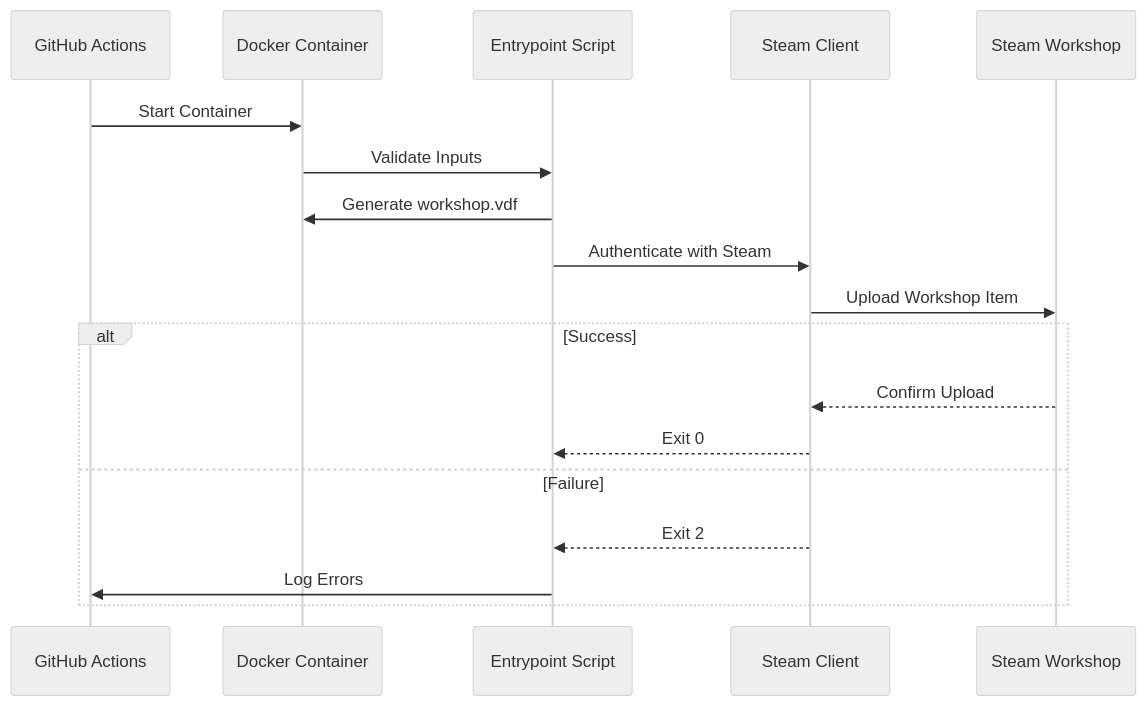
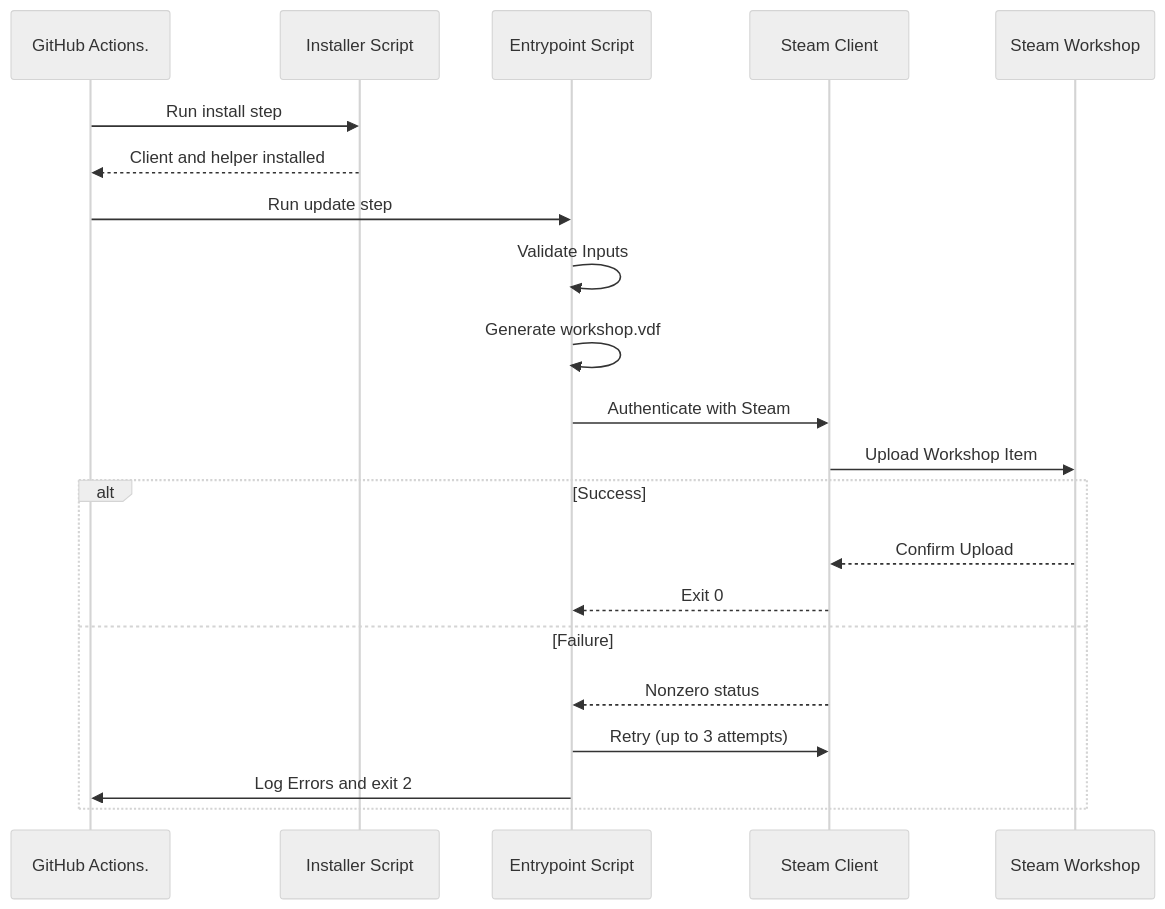
Before and after one commit to hmlendea/steam-workshop-update: the second of 3 diagrams in ARCHITECTURE.md, drawn with Mermaid (neutral theme). The commit also changed other lines of this file and 38 other files, not shown here.

Commit message:
dev: Replaced Docker runtime with composite action to restore Steam connectivity

````diff
--- a/ARCHITECTURE.md
+++ b/ARCHITECTURE.md
@@ -51,21 +55,24 @@
 ```mermaid
   sequenceDiagram
-    participant GitHubActions as GitHub Actions
-    participant Container as Docker Container
+    participant GitHubActions as GitHub Actions.
+    participant Installer as Installer Script
     participant Entrypoint as Entrypoint Script
     participant SteamCmd as Steam Client
     participant Workshop as Steam Workshop
 
-    GitHubActions->>Container: Start Container
-    Container->>Entrypoint: Validate Inputs
-    Entrypoint->>Container: Generate workshop.vdf
+    GitHubActions->>Installer: Run install step
+    Installer-->>GitHubActions: Client and helper installed
+    GitHubActions->>Entrypoint: Run update step
+    Entrypoint->>Entrypoint: Validate Inputs
+    Entrypoint->>Entrypoint: Generate workshop.vdf
     Entrypoint->>SteamCmd: Authenticate with Steam
     SteamCmd->>Workshop: Upload Workshop Item
     alt Success
       Workshop-->>SteamCmd: Confirm Upload
       SteamCmd-->>Entrypoint: Exit 0
     else Failure
-      SteamCmd-->>Entrypoint: Exit 2
-      Entrypoint->>GitHubActions: Log Errors
+      SteamCmd-->>Entrypoint: Nonzero status
+      Entrypoint->>SteamCmd: Retry (up to 3 attempts)
+      Entrypoint->>GitHubActions: Log Errors and exit 2
     end
 ```
````
